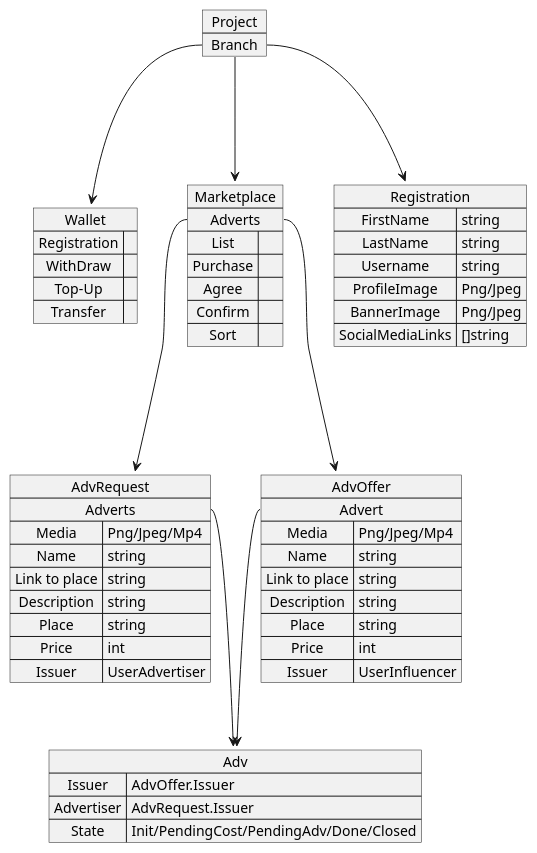
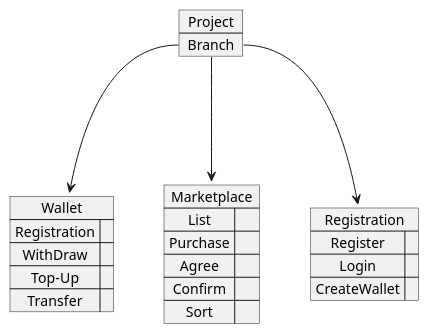
One commit to TatarinovIgor/stellar changed the diagram in diagrams/TaskStructure.puml. Above: the diagram before and after it, drawn with PlantUML.

Commit message:
Task structure changed

```diff
--- a/diagrams/TaskStructure.puml
+++ b/diagrams/TaskStructure.puml
@@ -1,67 +1,35 @@
 @startuml
 'https://plantuml.com/object-diagram
 
-map Adv{
-  Issuer => AdvOffer.Issuer
-  Advertiser => AdvRequest.Issuer
-  State => Init/PendingCost/PendingAdv/Done/Closed
-}
 
-
-map AdvRequest {
- Adverts *--> Adv
- Media => Png/Jpeg/Mp4
- Name => string
- Link to place => string
- Description => string
- Place => string
- Price => int
- Issuer => UserAdvertiser
-}
-
-map AdvOffer {
- Advert *--> Adv
- Media => Png/Jpeg/Mp4
- Name => string
- Link to place => string
- Description => string
- Place => string
- Price => int
- Issuer => UserInfluencer
-}
 
 map Wallet {
  Registration =>
  WithDraw =>
  Top-Up =>
  Transfer =>
 }
 
 map Marketplace {
- Adverts *---> AdvOffer
- Adverts *---> AdvRequest
  List =>
  Purchase =>
  Agree =>
  Confirm =>
  Sort =>
 }
 
 
 map Registration{
- FirstName => string
- LastName => string
- Username => string
- ProfileImage => Png/Jpeg
- BannerImage => Png/Jpeg
- SocialMediaLinks => []string
+    Register =>
+    Login =>
+    CreateWallet =>
 }
 
 map Project {
  Branch *---> Marketplace
  Branch *---> Wallet
  Branch *---> Registration
 }
 
 
 @enduml
```
